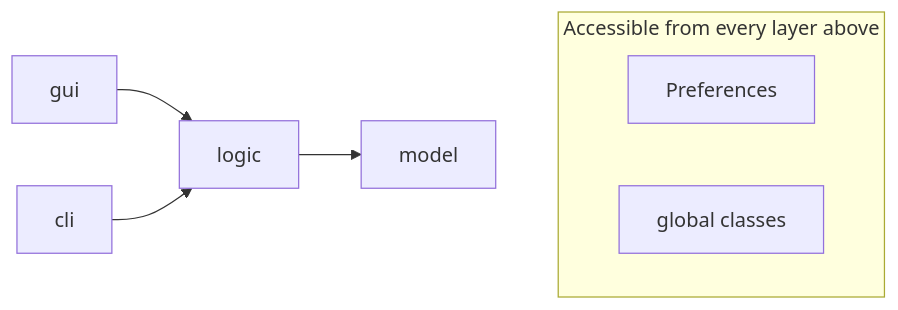
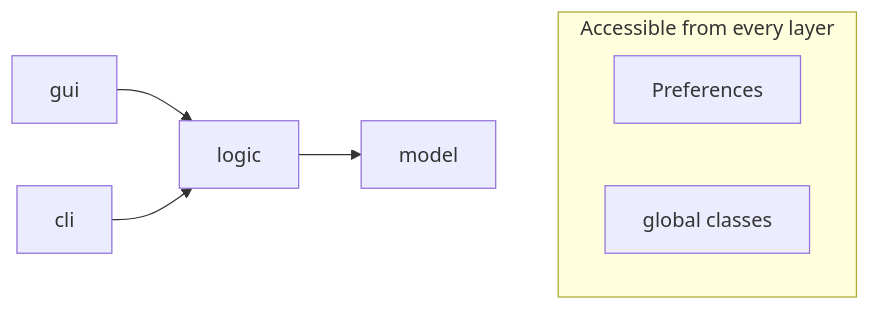
One commit to JabRef/jabref changed the diagram in docs/architecture-and-components.md. Above: the diagram before and after it, drawn with Mermaid. The commit also changed other lines of this file, not shown here.

Commit message:
Fix grammatical architecture statement

````diff
--- a/docs/architecture-and-components.md
+++ b/docs/architecture-and-components.md
@@ -29,20 +29,20 @@
 ```mermaid
 flowchart LR
-    subgraph shared["Accessible from every layer above"]
+    subgraph shared["Accessible from every layer"]
         direction LR
         preferences["Preferences"]
         global["global classes"]
     end
     gui["gui"] --> logic["logic"]
     cli["cli"] --> logic
     logic --> model["model"]
     model ~~~ shared
 
     preferences:::component
     global:::component
     gui:::layer
     logic:::component
     cli:::layer
     model:::component
 
 ```
````
